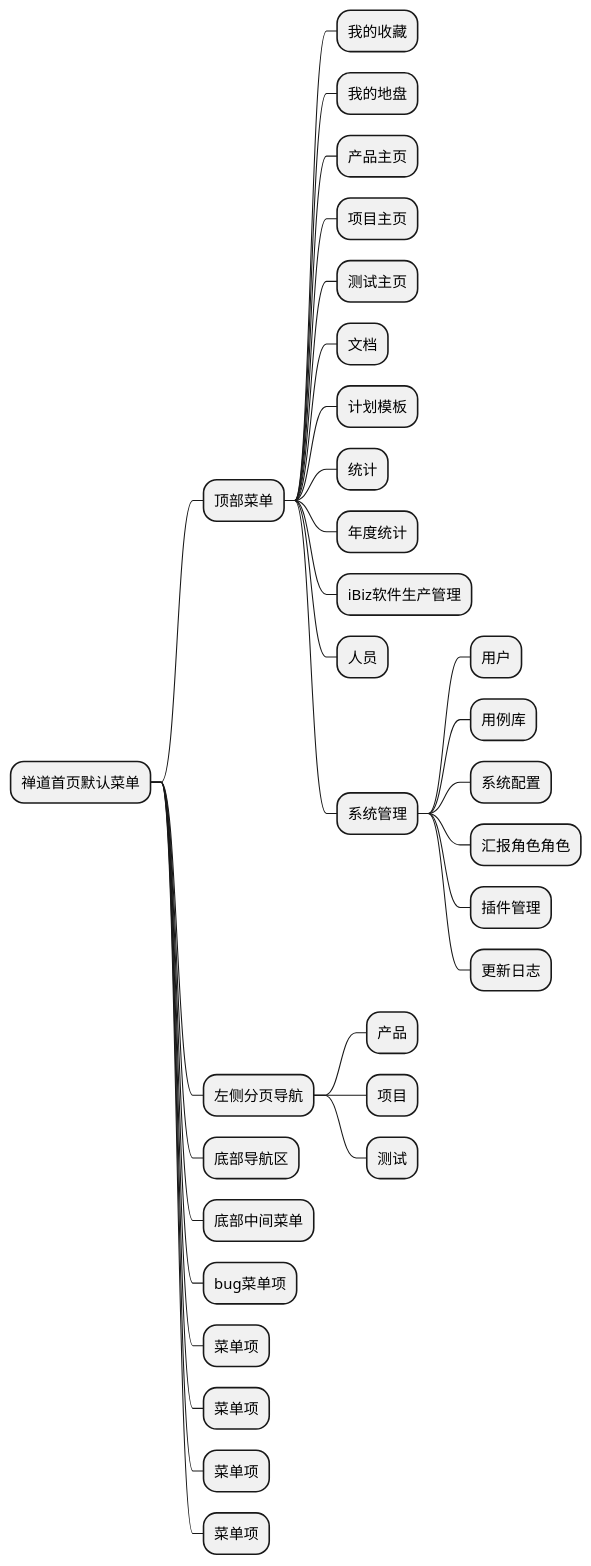
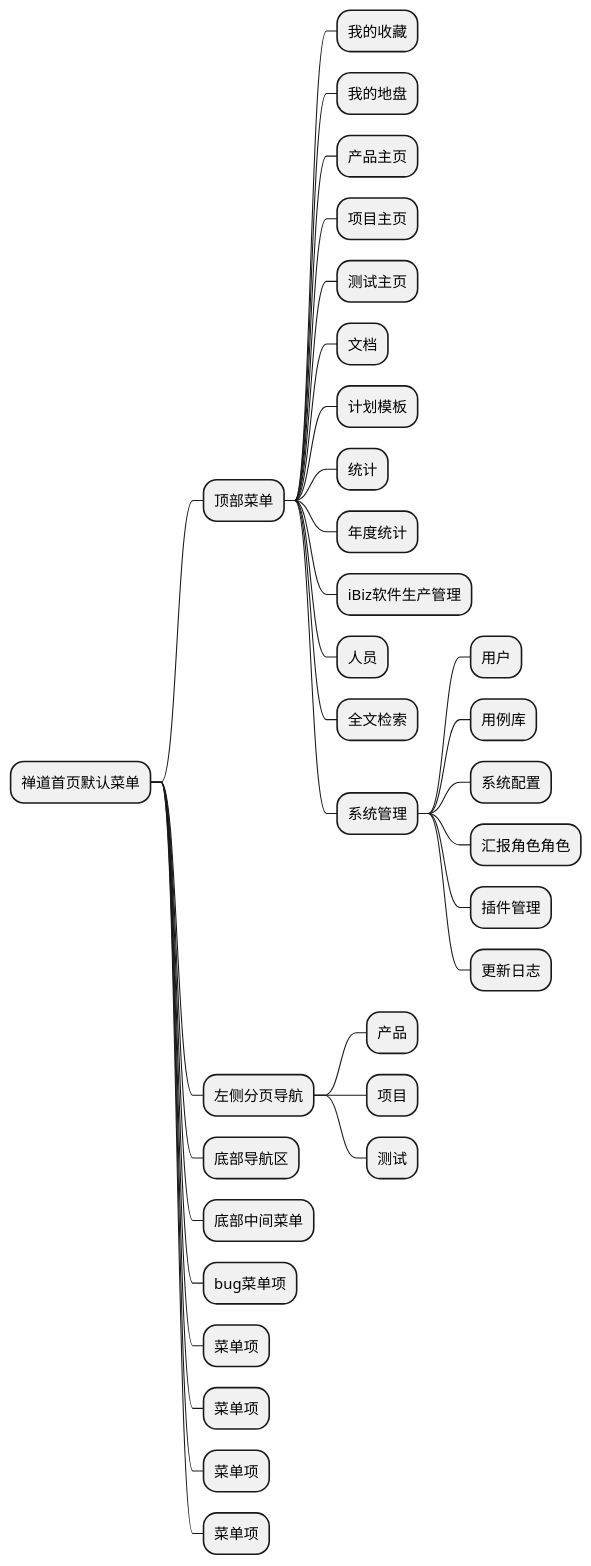
One commit to zj335841911/nt_chandao changed the diagram in ibizpms-docs/src/main/doc/v1/app/web/zentao.md. Above: the diagram before and after it, drawn with PlantUML. The commit also changed other lines of this file and 41 other files, not shown here.

```diff
--- a/ibizpms-docs/src/main/doc/v1/app/web/zentao.md
+++ b/ibizpms-docs/src/main/doc/v1/app/web/zentao.md
@@ -5,35 +5,36 @@
 {% plantuml %}
 @startmindmap
 * 禅道首页默认菜单
 ** 顶部菜单
 *** 我的收藏
 *** 我的地盘
 *** 产品主页
 *** 项目主页
 *** 测试主页
 *** 文档
 *** 计划模板
 *** 统计
 *** 年度统计
 *** iBiz软件生产管理
 *** 人员
+*** 全文检索
 *** 系统管理
 **** 用户
 **** 用例库
 **** 系统配置
 **** 汇报角色角色
 **** 插件管理
 **** 更新日志
 ** 左侧分页导航
 *** 产品
 *** 项目
 *** 测试
 ** 底部导航区
 ** 底部中间菜单
 ** bug菜单项
 ** 菜单项
 ** 菜单项
 ** 菜单项
 ** 菜单项
 @endmindmap
 {% endplantuml %}
```
